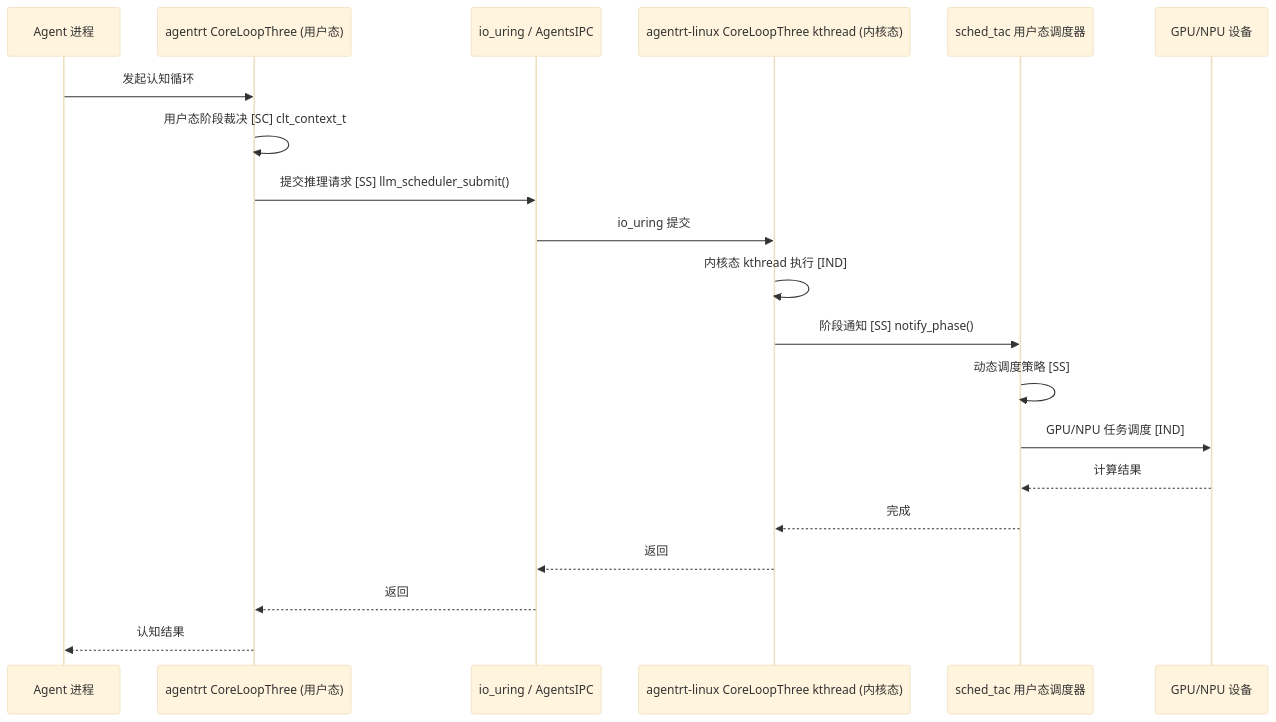
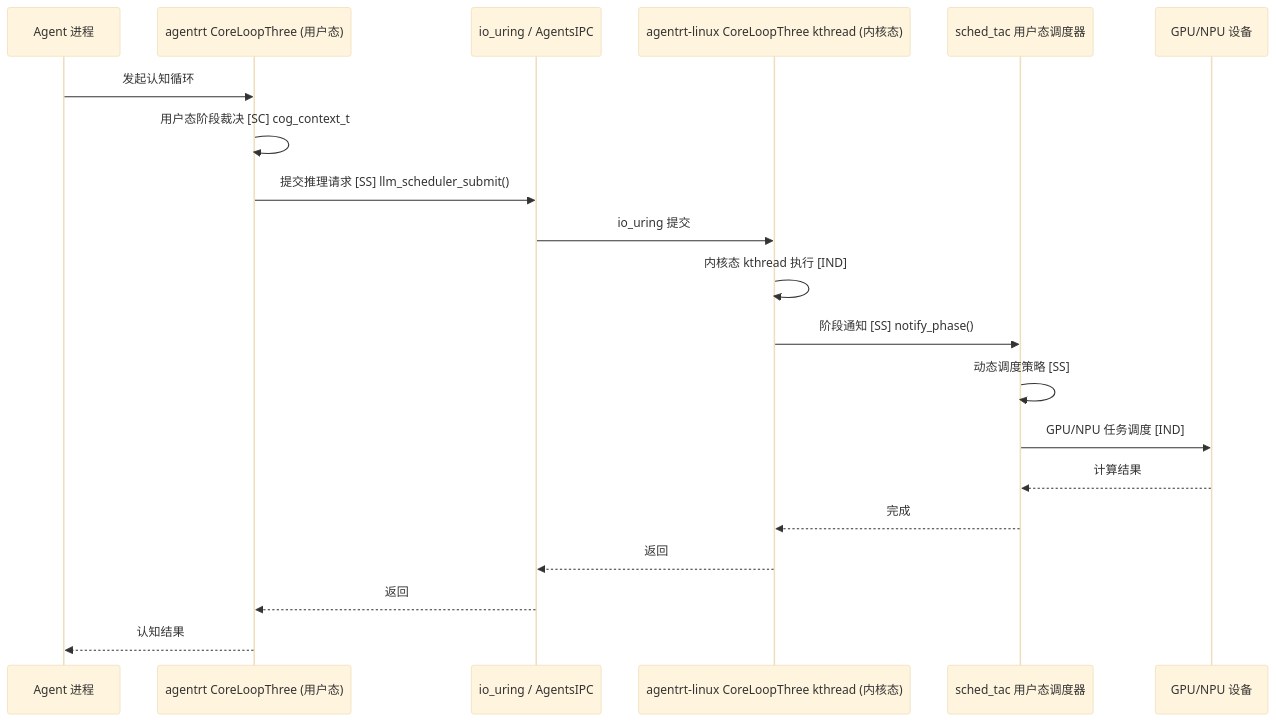
One commit to openairymax/docs-linux changed the third of 3 diagrams in 20-modules/05-cognition.md. Above: the diagram before and after it, drawn with Mermaid (base theme). The commit also changed other lines of this file and 125 other files, not shown here.

````diff
--- a/20-modules/05-cognition.md
+++ b/20-modules/05-cognition.md
@@ -483,23 +592,23 @@
 ```mermaid
 sequenceDiagram
     participant AGENT as Agent 进程
     participant CLT_U as agentrt CoreLoopThree (用户态)
     participant IPC as io_uring / AgentsIPC
     participant CLT_K as agentrt-linux CoreLoopThree kthread (内核态)
     participant SCHED as sched_tac 用户态调度器
     participant GPU as GPU/NPU 设备
 
     AGENT->>CLT_U: 发起认知循环
-    CLT_U->>CLT_U: 用户态阶段裁决 [SC] clt_context_t
+    CLT_U->>CLT_U: 用户态阶段裁决 [SC] cog_context_t
     CLT_U->>IPC: 提交推理请求 [SS] llm_scheduler_submit()
     IPC->>CLT_K: io_uring 提交
     CLT_K->>CLT_K: 内核态 kthread 执行 [IND]
     CLT_K->>SCHED: 阶段通知 [SS] notify_phase()
     SCHED->>SCHED: 动态调度策略 [SS]
     SCHED->>GPU: GPU/NPU 任务调度 [IND]
     GPU-->>SCHED: 计算结果
     SCHED-->>CLT_K: 完成
     CLT_K-->>IPC: 返回
     IPC-->>CLT_U: 返回
     CLT_U-->>AGENT: 认知结果
 ```
````
